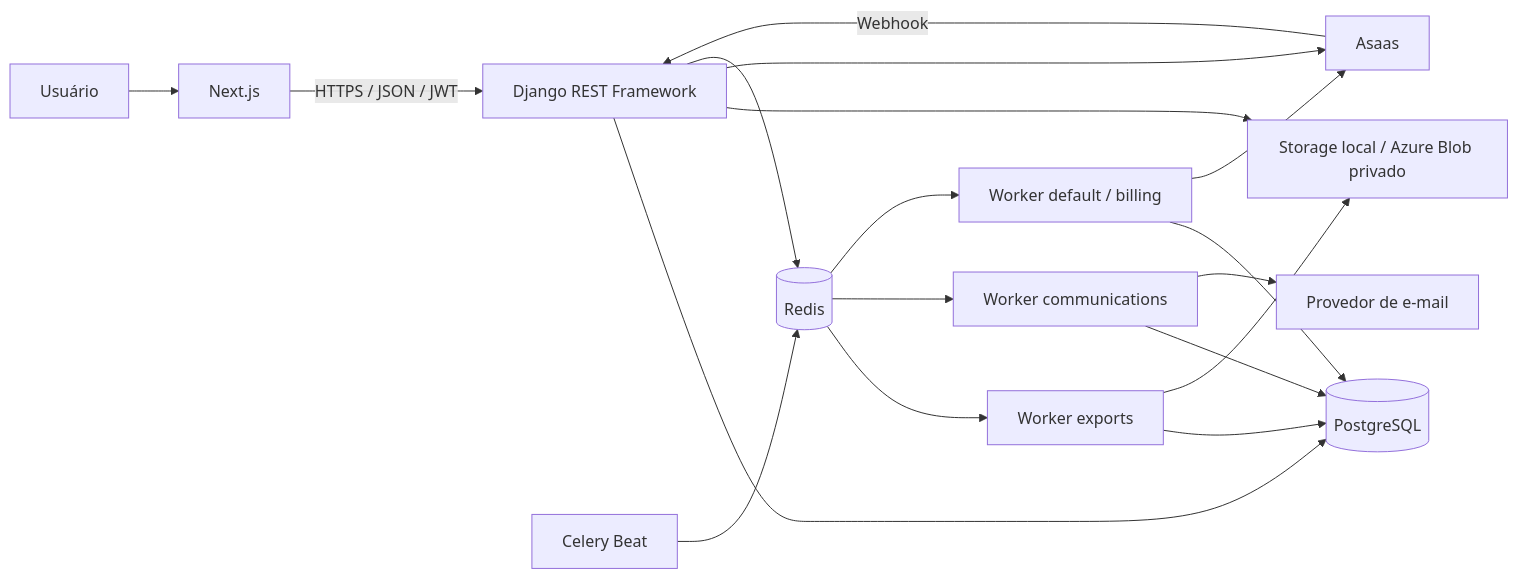
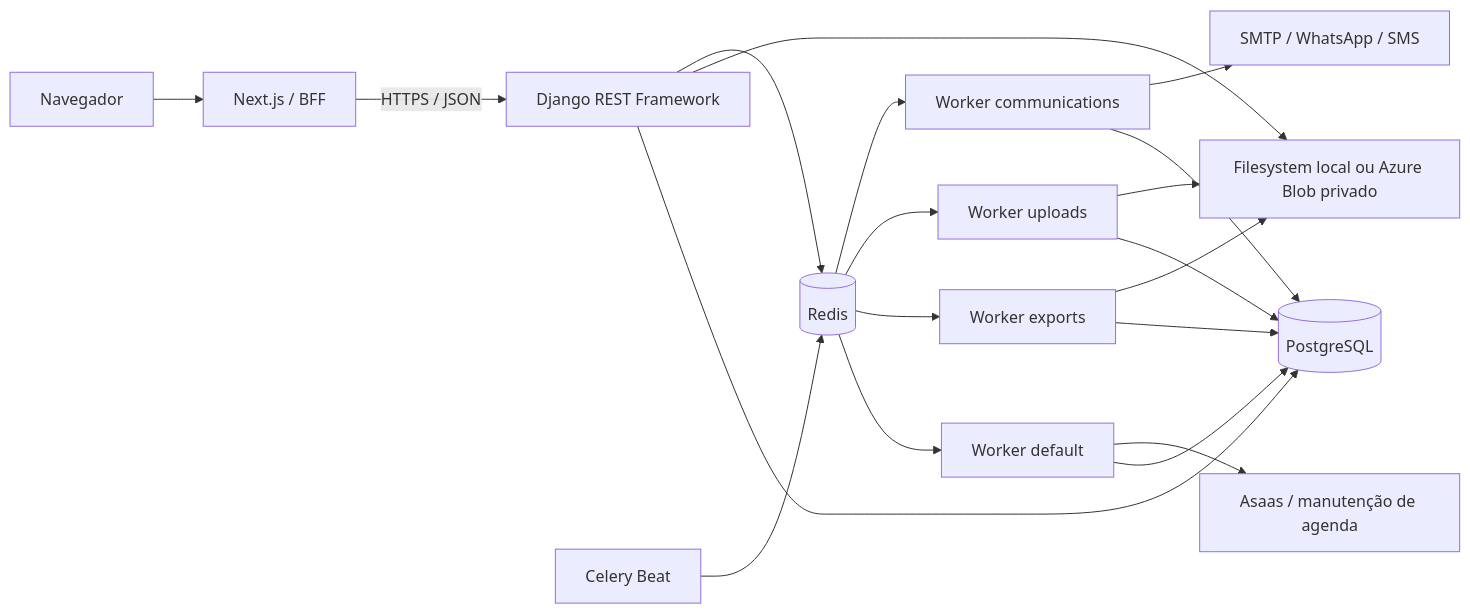
Before and after one commit to FlavioProgramador/EloTerapeutico: the first of 2 diagrams in docs/02-arquitetura/filas-e-processamento-assincrono.md, drawn with Mermaid. The commit also changed other lines of this file, not shown here.

````diff
--- a/docs/02-arquitetura/filas-e-processamento-assincrono.md
+++ b/docs/02-arquitetura/filas-e-processamento-assincrono.md
@@ -5,20 +7,21 @@
 ```mermaid
 flowchart LR
-    U[Usuário] --> N[Next.js]
-    N -->|HTTPS / JSON / JWT| D[Django REST Framework]
+    U[Navegador] --> N[Next.js / BFF]
+    N -->|HTTPS / JSON| D[Django REST Framework]
     D --> P[(PostgreSQL)]
-    D --> S[Storage local / Azure Blob privado]
-    D --> A[Asaas]
-    A -->|Webhook| D
+    D --> S[Filesystem local ou Azure Blob privado]
     D --> R[(Redis)]
     B[Celery Beat] --> R
+    R --> WD[Worker default]
     R --> WE[Worker exports]
+    R --> WU[Worker uploads]
     R --> WC[Worker communications]
-    R --> WD[Worker default / billing]
+    WD --> P
+    WD --> A[Asaas / manutenção de agenda]
     WE --> P
     WE --> S
+    WU --> P
+    WU --> S
     WC --> P
-    WC --> E[Provedor de e-mail]
-    WD --> P
-    WD --> A
+    WC --> E[SMTP / WhatsApp / SMS]
 ```
````
